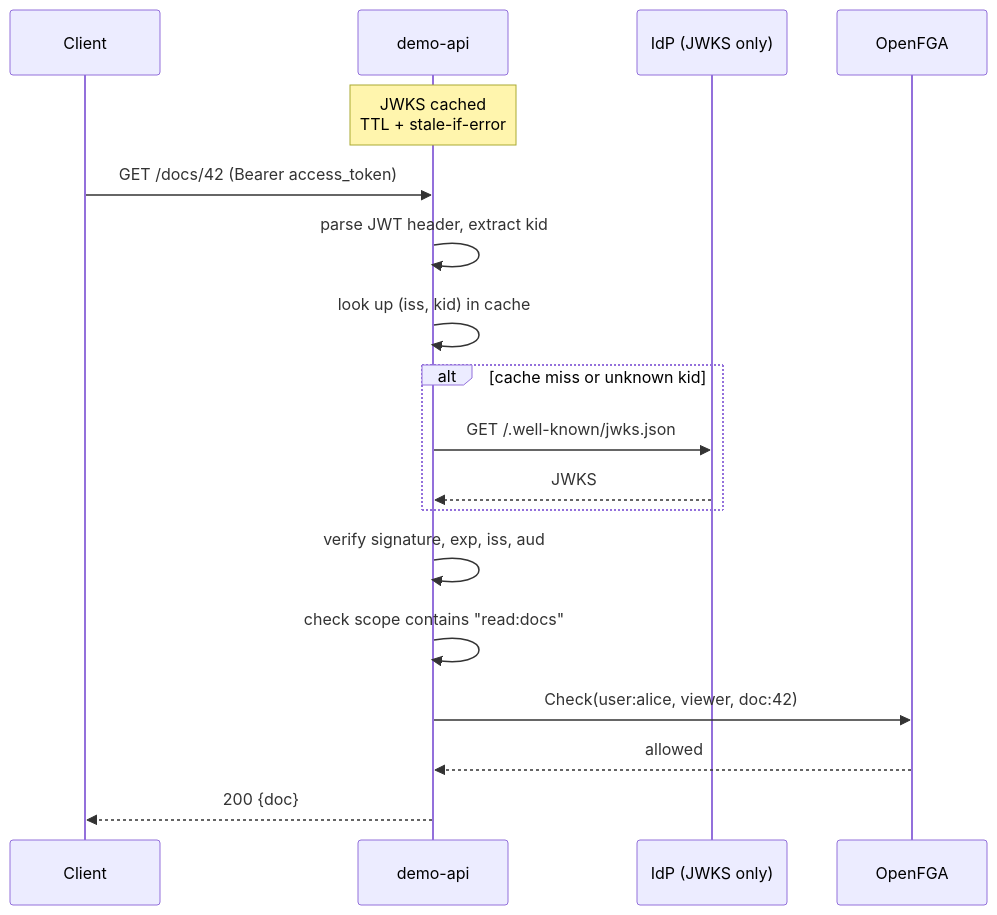
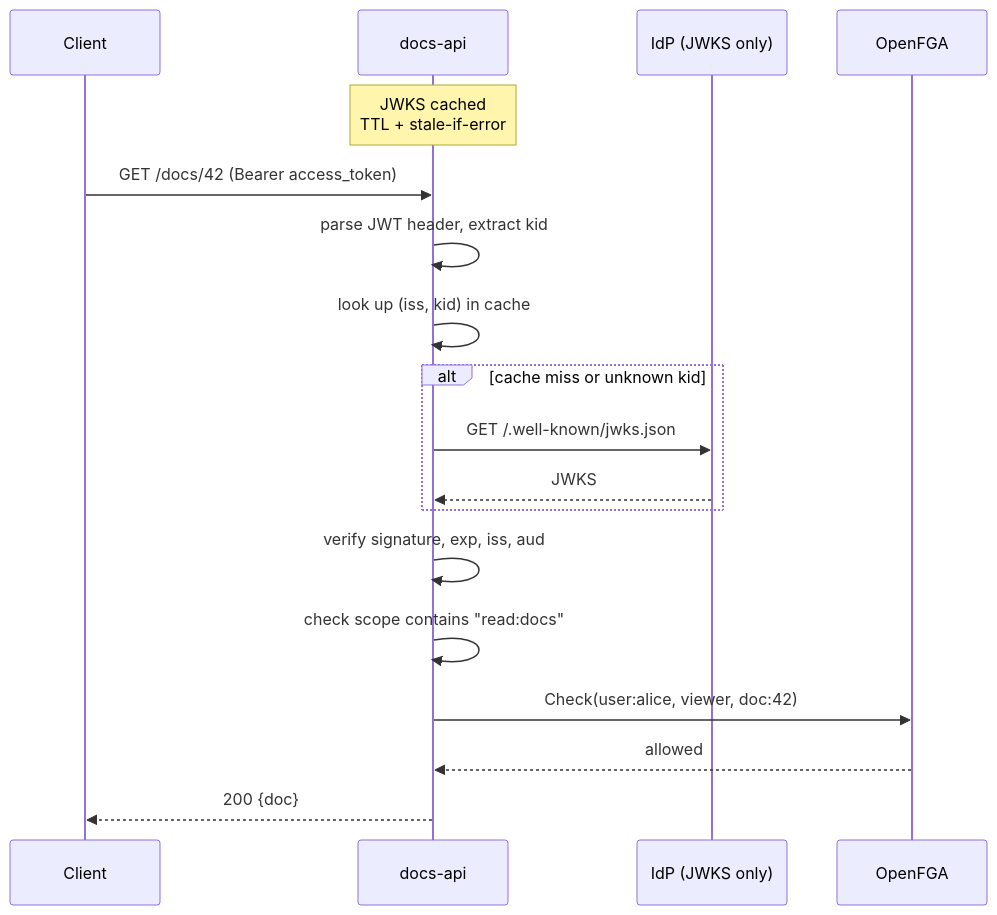
The fifth of 5 diagrams in README.md (mhockenbury/identity-provider), drawn with Mermaid before and after one commit. The commit also changed other lines of this file and 24 other files, not shown here.

````diff
--- a/README.md
+++ b/README.md
@@ -259,22 +259,22 @@
 ```mermaid
 sequenceDiagram
     participant C as Client
-    participant A as demo-api
+    participant A as docs-api
     participant I as IdP (JWKS only)
     participant F as OpenFGA
 
     Note over A: JWKS cached<br/>TTL + stale-if-error
 
     C->>A: GET /docs/42 (Bearer access_token)
     A->>A: parse JWT header, extract kid
     A->>A: look up (iss, kid) in cache
     alt cache miss or unknown kid
         A->>I: GET /.well-known/jwks.json
         I-->>A: JWKS
     end
     A->>A: verify signature, exp, iss, aud
     A->>A: check scope contains "read:docs"
     A->>F: Check(user:alice, viewer, doc:42)
     F-->>A: allowed
     A-->>C: 200 {doc}
 ```
````
